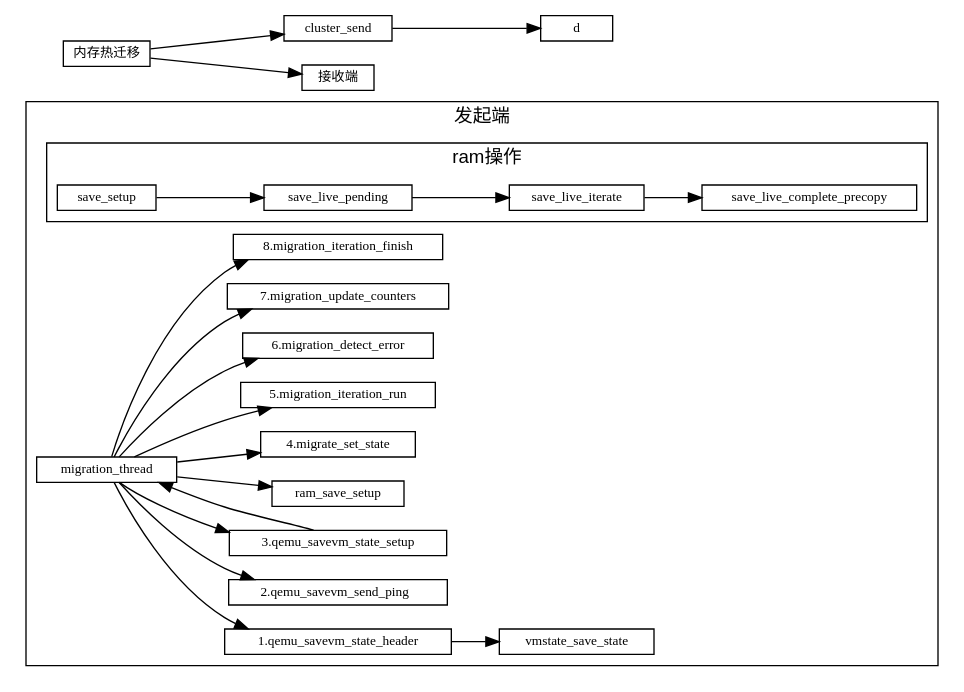
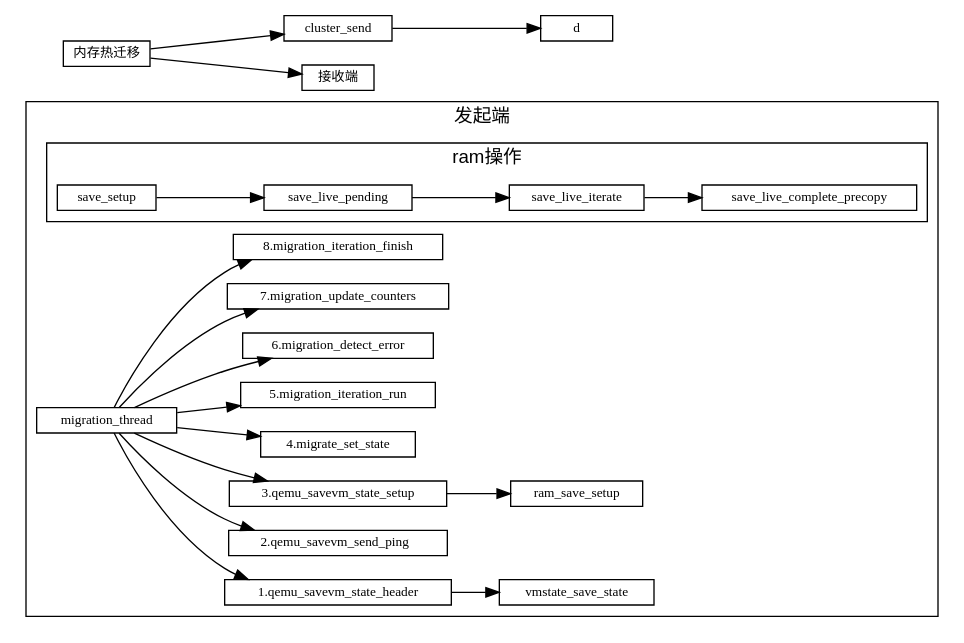
Before and after one commit to sisyphus1212/note: the diagram in 虚拟化/热迁移/1-内存热迁移.md, drawn with Graphviz.

Commit message:
auto_update

````diff
--- a/虚拟化/热迁移/1-内存热迁移.md
+++ b/虚拟化/热迁移/1-内存热迁移.md
@@ -11,39 +11,39 @@
 ```graphviz
 digraph 热迁移 {
 fontname="Helvetica,Arial,sans-serif"
 //node [fontname="Helvetica,Arial,sans-serif"]
 //edge [fontname="Helvetica,Arial,sans-serif"]
 rankdir="LR"
 node [fontsize=10, shape=box, height=0.25]
 edge [fontsize=10]
 
   subgraph send {
     cluster=true;
     label="发起端";
     migration_thread -> "1.qemu_savevm_state_header" -> vmstate_save_state;
     migration_thread -> "2.qemu_savevm_send_ping  ";
-    migration_thread -> "3.qemu_savevm_state_setup" ->
-    migration_thread ->  ram_save_setup;
+    migration_thread -> "3.qemu_savevm_state_setup"
+                     ->   ram_save_setup;
     migration_thread ->  "4.migrate_set_state";
     migration_thread ->  "5.migration_iteration_run";
     migration_thread ->  "6.migration_detect_error";
     migration_thread ->  "7.migration_update_counters";
     migration_thread ->  "8.migration_iteration_finish";
 
     subgraph ram_opts {
       cluster=true;
       label="ram操作";
       save_setup ->
       save_live_pending ->
       save_live_iterate ->
       save_live_complete_precopy;
     }
   }
 
 内存热迁移 [label="内存热迁移"]
 内存热迁移 -> cluster_send
            -> d
 
 内存热迁移 -> 接收端
 }
 ```
````
